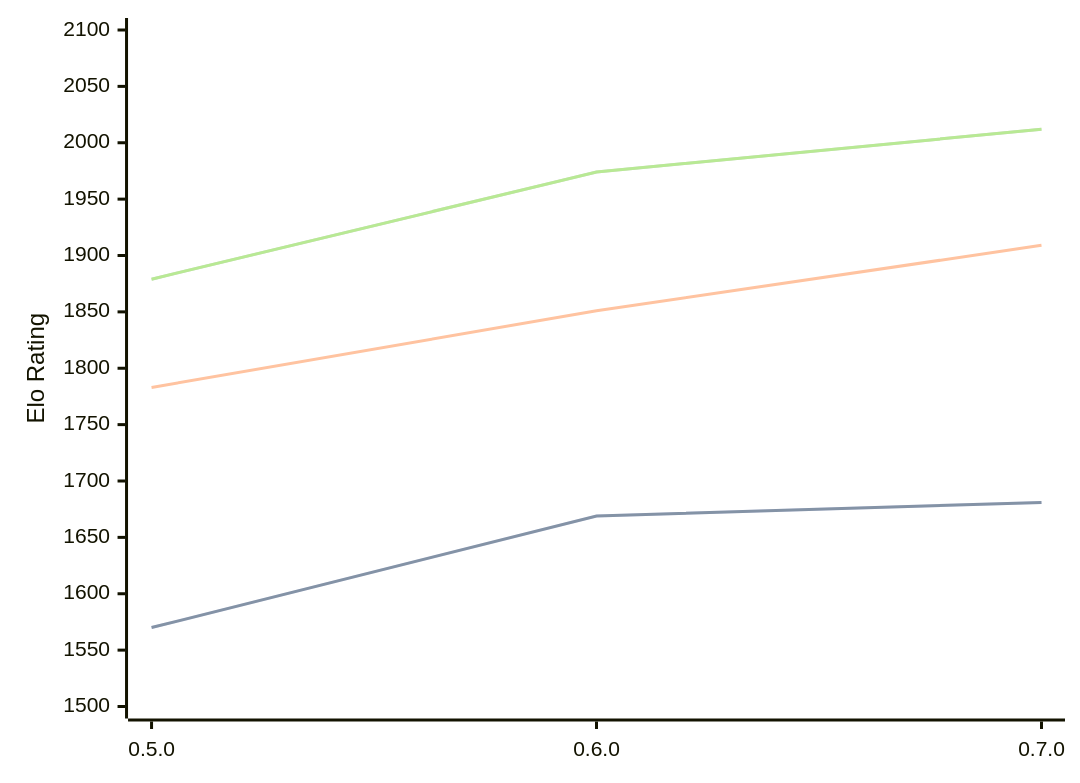
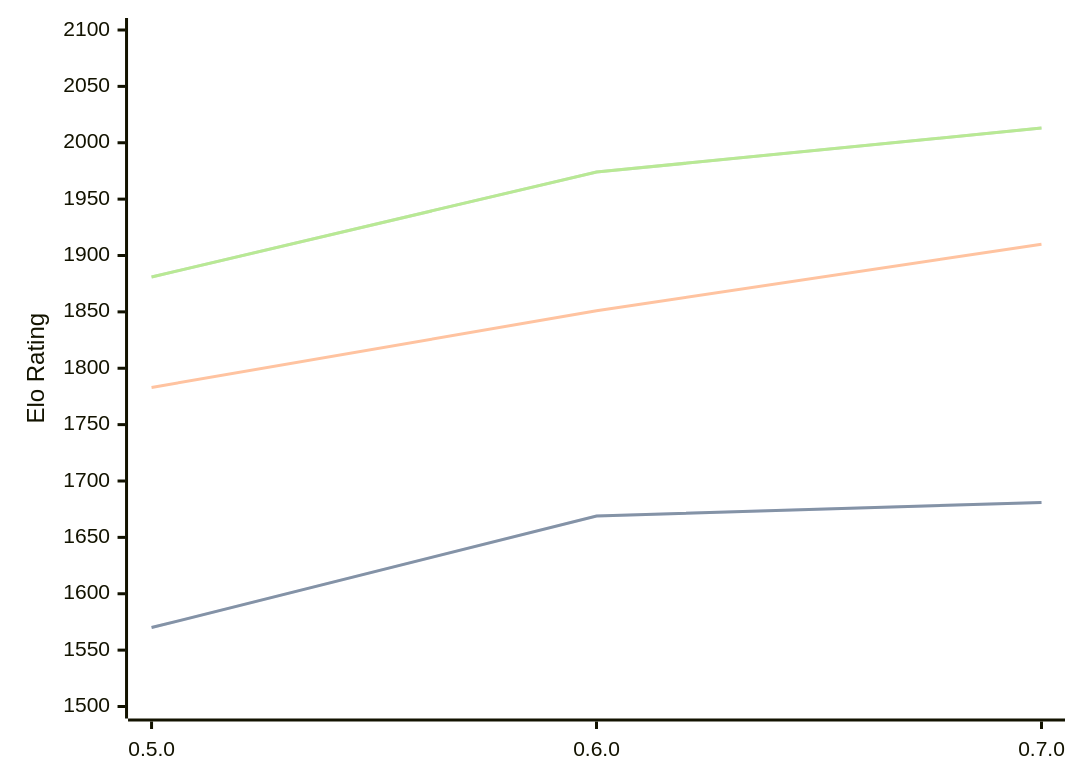
Before and after one commit to computer-chess-index/cci: the diagram in engines/Chess-rs.md, drawn with Mermaid. The commit also changed other lines of this file, not shown here.

Commit message:
Update CCI Ratings (ELO VLTC) - 2026-08-01

````diff
--- a/engines/Chess-rs.md
+++ b/engines/Chess-rs.md
@@ -41,11 +41,11 @@
 ```mermaid
 %%{init: {"theme":"base","themeVariables":{"seriesColors:['#a3a3a3','#222221','#faa371']}}}%%
 xychart-beta
   x-axis ["0.5.0", "0.6.0", "0.7.0"]
   y-axis "Elo Rating" 1500 --> 2100
   line "STC (8.0+0.08s)" [1570, 1669, 1681]
   line "STC (8.0+0.08s)" [1570, 1669, 1681]
-  line "LTC (60.0+0.60s)" [1783, 1851, 1909]
-  line "VLTC (2m24s+1.12s)" [1879, 1974, 2012]
-  line "VLTC (2m24s+1.12s)" [1879, 1974, 2012]
+  line "LTC (60.0+0.60s)" [1783, 1851, 1910]
+  line "VLTC (2m24s+1.12s)" [1881, 1974, 2013]
+  line "VLTC (2m24s+1.12s)" [1881, 1974, 2013]
 ```
````
